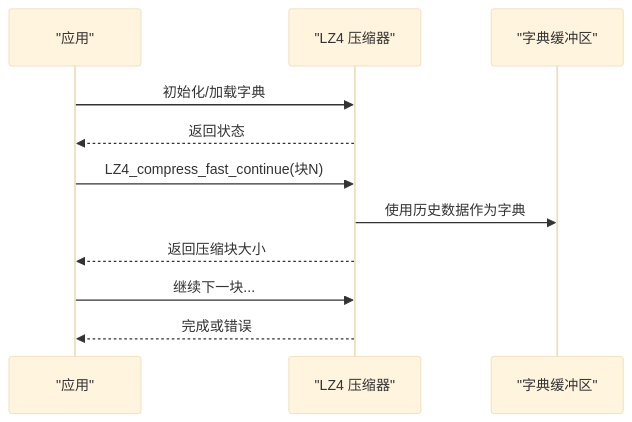
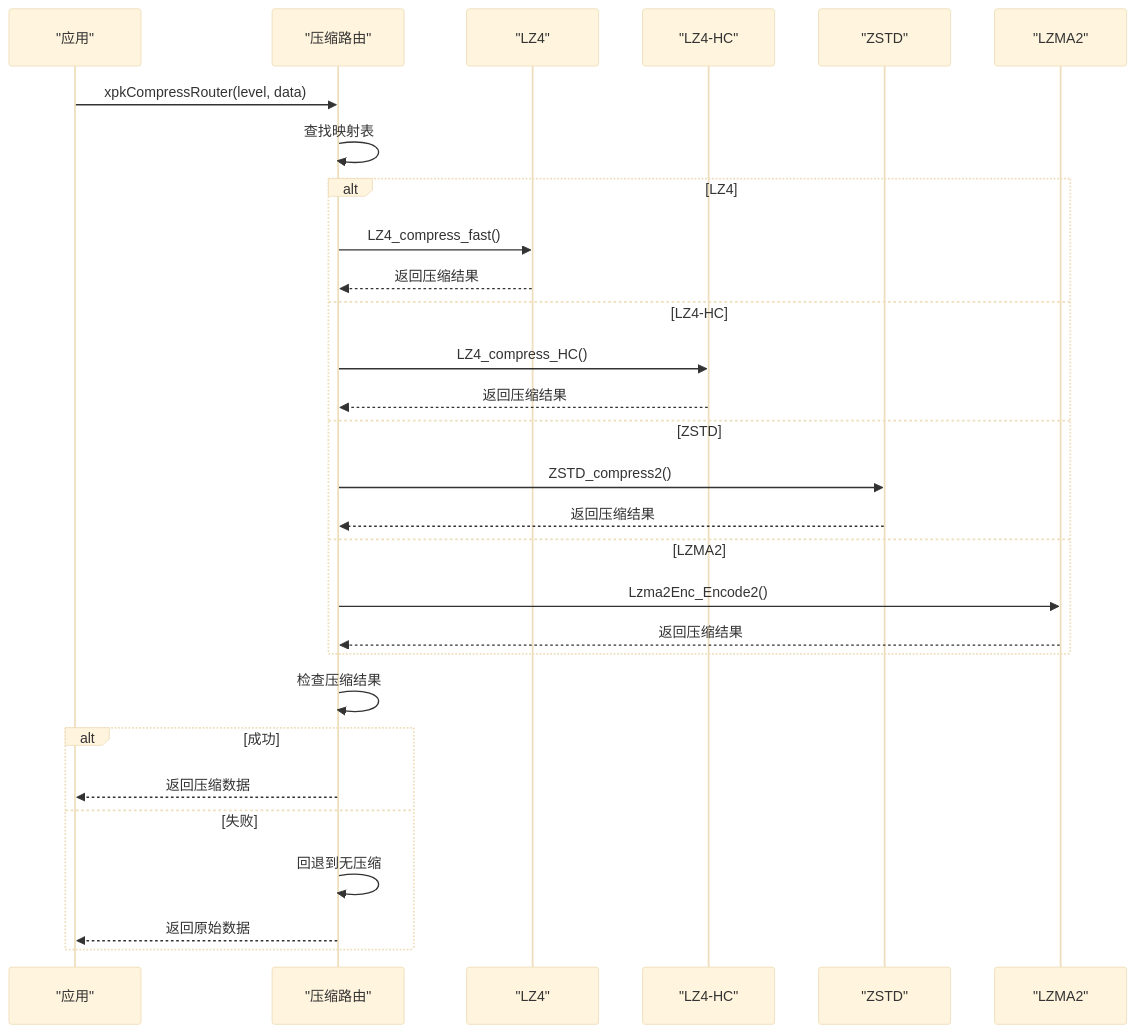
The third of 5 diagrams in .qoder/repowiki/zh/content/压缩算法集成/压缩算法集成.md (xywhsoft/xpack), drawn with Mermaid (base theme) before and after one commit. The commit also changed other lines of this file and 23 other files, not shown here.

````diff
--- a/.qoder/repowiki/zh/content/压缩算法集成/压缩算法集成.md
+++ b/.qoder/repowiki/zh/content/压缩算法集成/压缩算法集成.md
@@ -142,13 +160,31 @@
 ```mermaid
 sequenceDiagram
 participant App as "应用"
-participant LZ4 as "LZ4 压缩器"
-participant Dict as "字典缓冲区"
-App->>LZ4 : 初始化/加载字典
-LZ4-->>App : 返回状态
-App->>LZ4 : LZ4_compress_fast_continue(块N)
-LZ4->>Dict : 使用历史数据作为字典
-LZ4-->>App : 返回压缩块大小
-App->>LZ4 : 继续下一块...
-LZ4-->>App : 完成或错误
+participant Router as "压缩路由"
+participant LZ4 as "LZ4"
+participant HC as "LZ4-HC"
+participant ZSTD as "ZSTD"
+participant LZMA2 as "LZMA2"
+App->>Router : xpkCompressRouter(level, data)
+Router->>Router : 查找映射表
+alt LZ4
+Router->>LZ4 : LZ4_compress_fast()
+LZ4-->>Router : 返回压缩结果
+else LZ4-HC
+Router->>HC : LZ4_compress_HC()
+HC-->>Router : 返回压缩结果
+else ZSTD
+Router->>ZSTD : ZSTD_compress2()
+ZSTD-->>Router : 返回压缩结果
+else LZMA2
+Router->>LZMA2 : Lzma2Enc_Encode2()
+LZMA2-->>Router : 返回压缩结果
+end
+Router->>Router : 检查压缩结果
+alt 成功
+Router-->>App : 返回压缩数据
+else 失败
+Router->>Router : 回退到无压缩
+Router-->>App : 返回原始数据
+end
 ```
````
